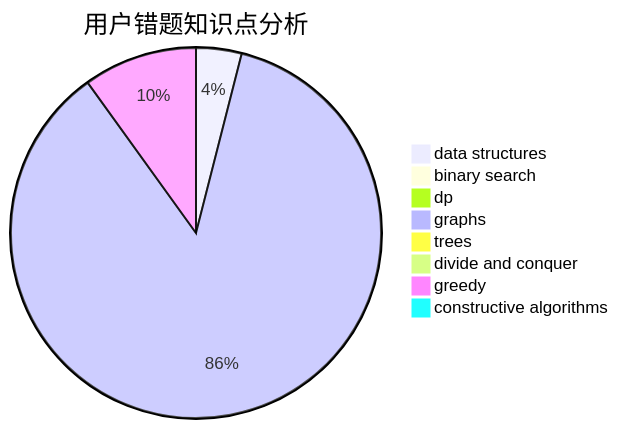
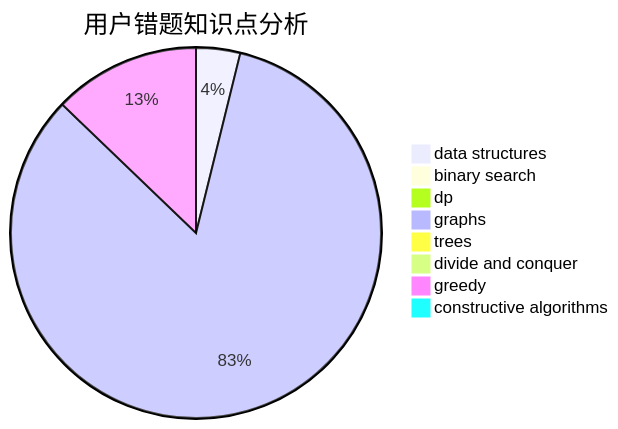
One commit to sherpahu/cfrs.github.io changed the third of 3 diagrams in docs/user/u2180.md. Above: the diagram before and after it, drawn with Mermaid. The commit also changed other lines of this file and 2770 other files, not shown here.

````diff
--- a/docs/user/u2180.md
+++ b/docs/user/u2180.md
@@ -36,11 +36,11 @@
 ```mermaid
 pie title 用户错题知识点分析
     "data structures" :  6
     "binary search" :  1
     "dp" :  0
     "graphs" :  130
     "trees" :  0
     "divide and conquer" :  0
-    "greedy" :  15
+    "greedy" :  20
     "constructive algorithms" :  0
 ```
````
